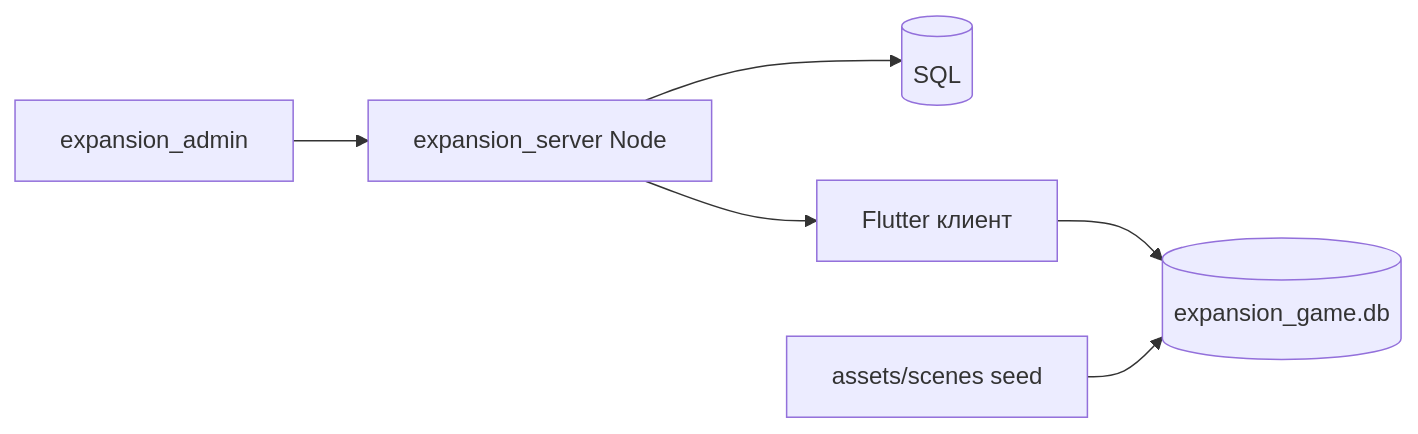
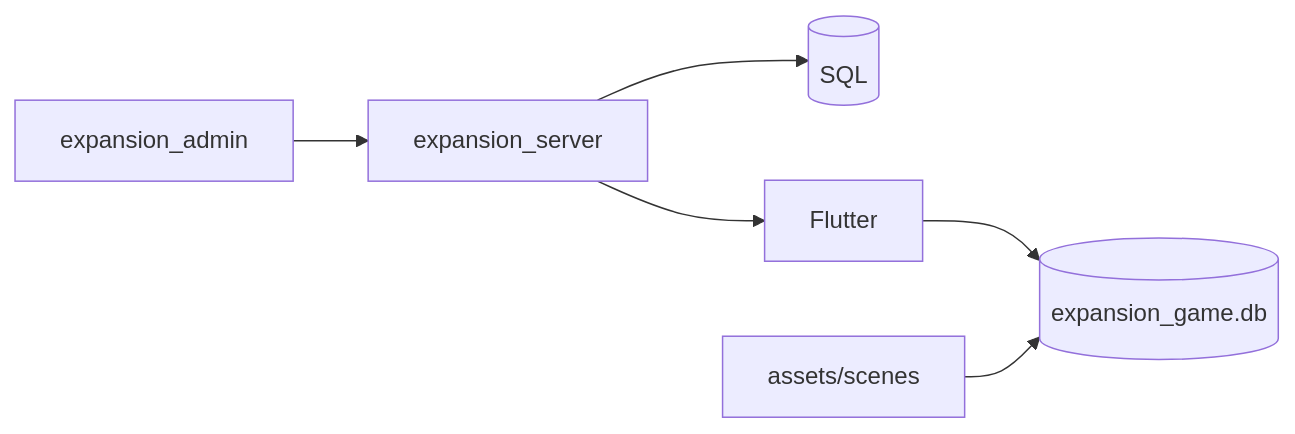
Before and after one commit to Nykolayr/expansion: the second of 2 diagrams in expansion_app/docs/game-concept.md, drawn with Mermaid. The commit also changed other lines of this file and 85 other files, not shown here.

````diff
--- a/expansion_app/docs/game-concept.md
+++ b/expansion_app/docs/game-concept.md
@@ -236,8 +249,8 @@
 ```mermaid
 flowchart LR
-  Admin[expansion_admin] --> API[expansion_server Node]
-  API --> MySQL[(SQL)]
-  API --> Mobile[Flutter клиент]
+  Admin[expansion_admin] --> API[expansion_server]
+  API --> SQL[(SQL)]
+  API --> Mobile[Flutter]
   Mobile --> SQLite[(expansion_game.db)]
-  Assets[assets/scenes seed] --> SQLite
+  Seed[assets/scenes] --> SQLite
 ```
````
